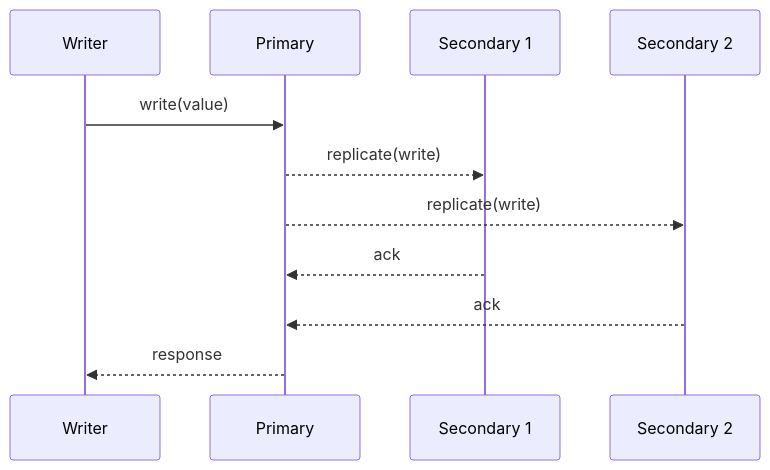
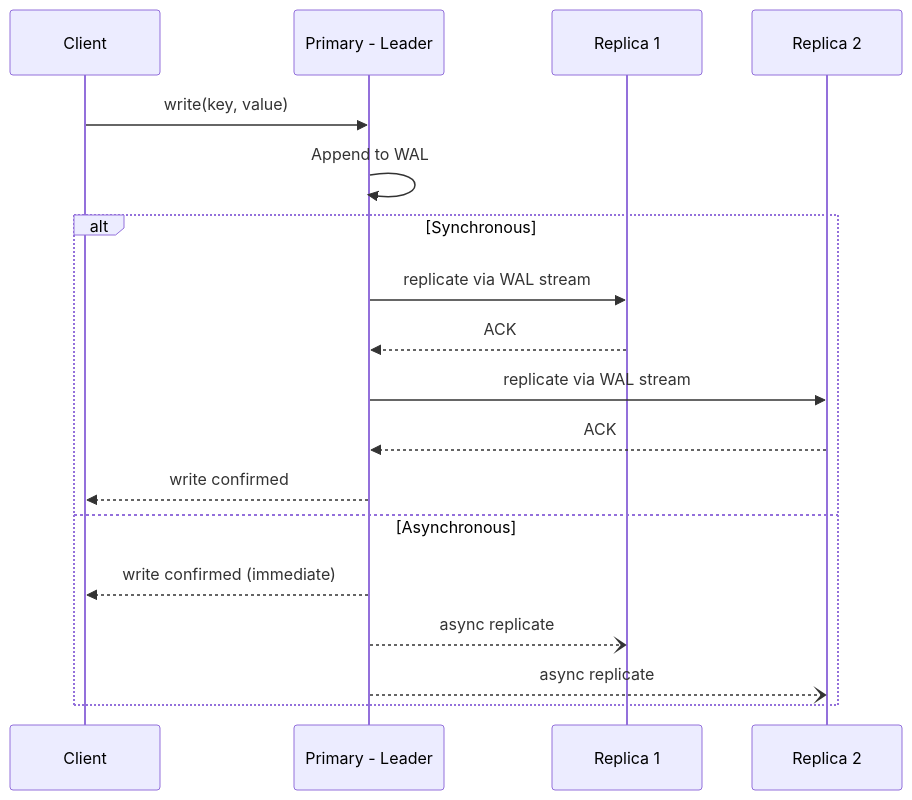
One commit to akshay-k-r/Interview-Prep-Resource changed the first of 3 diagrams in src/pages/02-hld/databases/replication/index.mdx. Above: the diagram before and after it, drawn with Mermaid. The commit also changed other lines of this file and 179 other files, not shown here.

````diff
--- a/src/pages/02-hld/databases/replication/index.mdx
+++ b/src/pages/02-hld/databases/replication/index.mdx
@@ -29,14 +45,22 @@
 ```mermaid
 sequenceDiagram
-    participant W as Writer
-    participant P as Primary
-    participant S1 as Secondary 1
-    participant S2 as Secondary 2
+    participant Client
+    participant Leader as Primary - Leader
+    participant R1 as Replica 1
+    participant R2 as Replica 2
 
-    W->>P: write(value)
-    P-->>S1: replicate(write)
-    P-->>S2: replicate(write)
-    S1-->>P: ack
-    S2-->>P: ack
-    P-->>W: response
+    Client->>Leader: write(key, value)
+    Leader->>Leader: Append to WAL
+
+    alt Synchronous
+        Leader->>R1: replicate via WAL stream
+        R1-->>Leader: ACK
+        Leader->>R2: replicate via WAL stream
+        R2-->>Leader: ACK
+        Leader-->>Client: write confirmed
+    else Asynchronous
+        Leader-->>Client: write confirmed (immediate)
+        Leader--)R1: async replicate
+        Leader--)R2: async replicate
+    end
 ```
````
